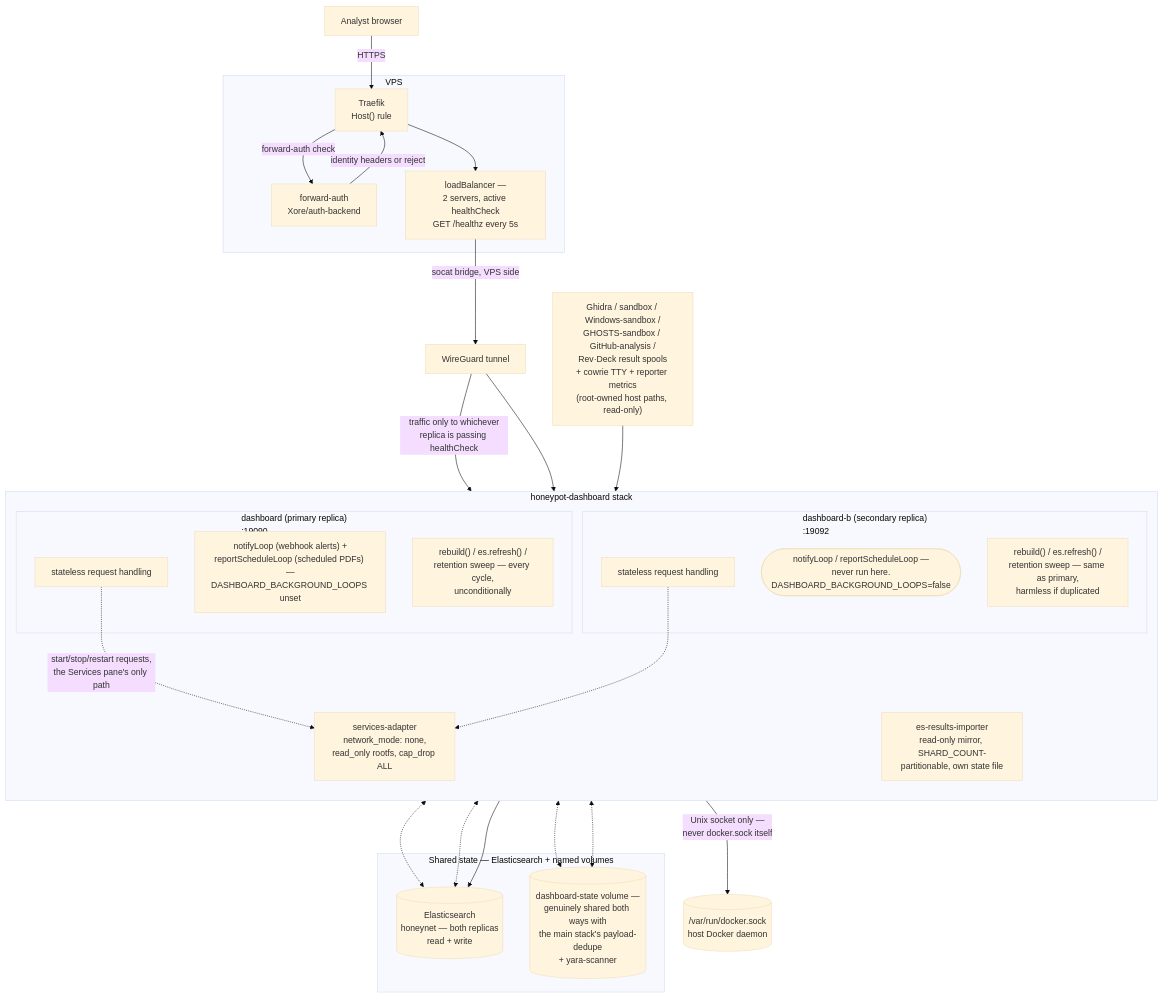
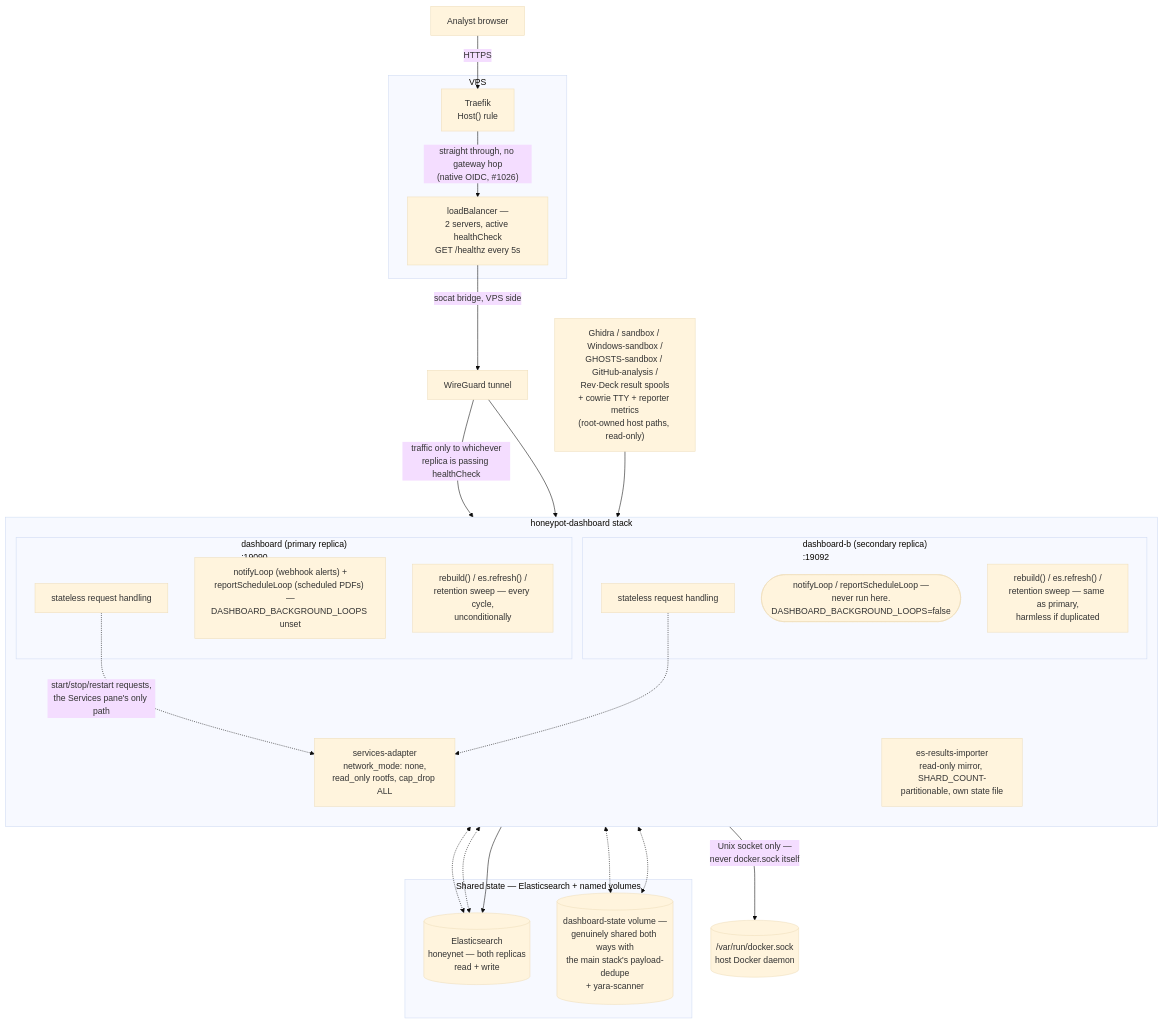
The third of 10 diagrams in docs/ARCHITECTURE.md (Xore/APIARY), drawn with Mermaid (base theme) before and after one commit. The commit also changed 12 other files, not shown here.

````diff
--- a/docs/ARCHITECTURE.md
+++ b/docs/ARCHITECTURE.md
@@ -419,56 +419,53 @@
 ```mermaid
 flowchart TB
   analyst["Analyst browser"]
 
   subgraph vps["VPS"]
     traefik["Traefik<br/>Host() rule"]
-    auth["forward-auth<br/>Xore/auth-backend"]
     lb["loadBalancer —<br/>2 servers, active healthCheck<br/>GET /healthz every 5s"]
   end
 
   wg["WireGuard tunnel"]
 
   subgraph dashStack["honeypot-dashboard stack"]
     direction TB
     subgraph primary["dashboard (primary replica)<br/>:19090"]
       primaryReq["stateless request handling"]
       primaryLoops["notifyLoop (webhook alerts) +<br/>reportScheduleLoop (scheduled PDFs) —<br/>DASHBOARD_BACKGROUND_LOOPS unset"]
       primaryRebuild["rebuild() / es.refresh() /<br/>retention sweep — every cycle,<br/>unconditionally"]
     end
     subgraph secondary["dashboard-b (secondary replica)<br/>:19092"]
       secondaryReq["stateless request handling"]
       secondaryLoops(["notifyLoop / reportScheduleLoop —<br/>never run here.<br/>DASHBOARD_BACKGROUND_LOOPS=false"])
       secondaryRebuild["rebuild() / es.refresh() /<br/>retention sweep — same as primary,<br/>harmless if duplicated"]
     end
     importer["es-results-importer<br/>read-only mirror, SHARD_COUNT-<br/>partitionable, own state file"]
     adapter["services-adapter<br/>network_mode: none,<br/>read_only rootfs, cap_drop ALL"]
   end
 
   subgraph shared["Shared state — Elasticsearch + named volumes"]
     es[("Elasticsearch<br/>honeynet — both replicas<br/>read + write")]
     dashState[("dashboard-state volume —<br/>genuinely shared both ways with<br/>the main stack's payload-dedupe<br/>+ yara-scanner")]
   end
 
   resultDirs["Ghidra / sandbox / Windows-sandbox /<br/>GHOSTS-sandbox / GitHub-analysis /<br/>Rev·Deck result spools<br/>+ cowrie TTY + reporter metrics<br/>(root-owned host paths, read-only)"]
 
   dockerSock[("/var/run/docker.sock<br/>host Docker daemon")]
 
   analyst -->|"HTTPS"| traefik
-  traefik -->|"forward-auth check"| auth
-  auth -->|"identity headers or reject"| traefik
-  traefik --> lb
+  traefik -->|"straight through, no gateway hop<br/>(native OIDC, #1026)"| lb
   lb -->|"socat bridge, VPS side"| wg
   wg -->|"traffic only to whichever<br/>replica is passing healthCheck"| primaryReq
   wg --> secondaryReq
 
   primaryReq <-.-> es
   secondaryReq <-.-> es
   primaryReq <-.-> dashState
   secondaryReq <-.-> dashState
 
   resultDirs --> importer --> es
 
   primaryReq -.->|"start/stop/restart requests,<br/>the Services pane's only path"| adapter
   secondaryReq -.-> adapter
   adapter -->|"Unix socket only —<br/>never docker.sock itself"| dockerSock
 ```
````
